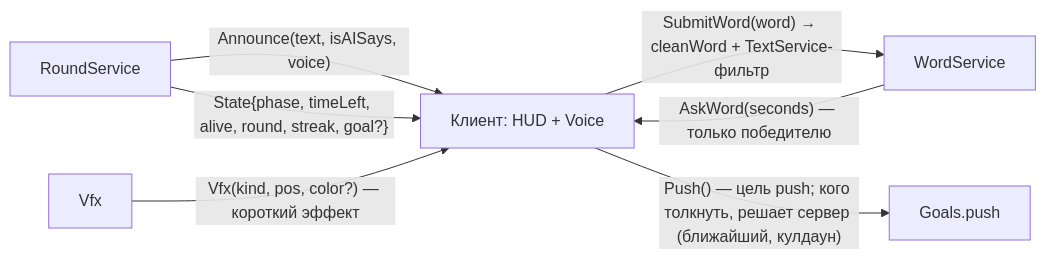
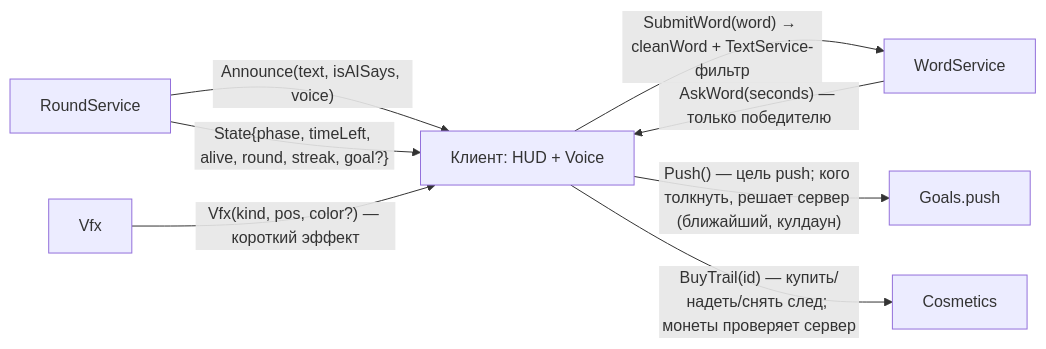
The second of 3 diagrams in docs/GRAPH.md (HageZERO2/AI-SAYS), drawn with Mermaid before and after one commit. The commit also changed other lines of this file and 12 other files, not shown here.

````diff
--- a/docs/GRAPH.md
+++ b/docs/GRAPH.md
@@ -54,9 +57,10 @@
 ```mermaid
 graph LR
   RS[RoundService] -- "Announce(text, isAISays, voice)" --> C[Клиент: HUD + Voice]
   RS -- "State{phase, timeLeft, alive, round, streak, goal?}" --> C
   WS[WordService] -- "AskWord(seconds) — только победителю" --> C
   C -- "SubmitWord(word) → cleanWord + TextService-фильтр" --> WS
   VX[Vfx] -- "Vfx(kind, pos, color?) — короткий эффект" --> C
   C -- "Push() — цель push; кого толкнуть, решает сервер (ближайший, кулдаун)" --> G[Goals.push]
+  C -- "BuyTrail(id) — купить/надеть/снять след; монеты проверяет сервер" --> CO[Cosmetics]
 ```
````
